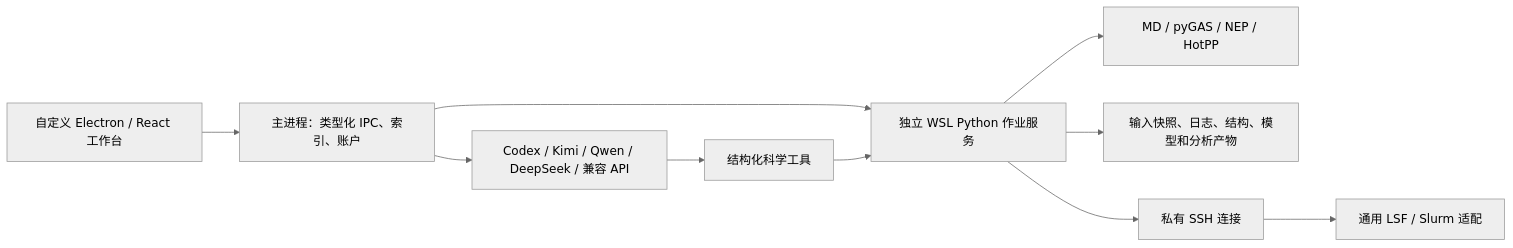
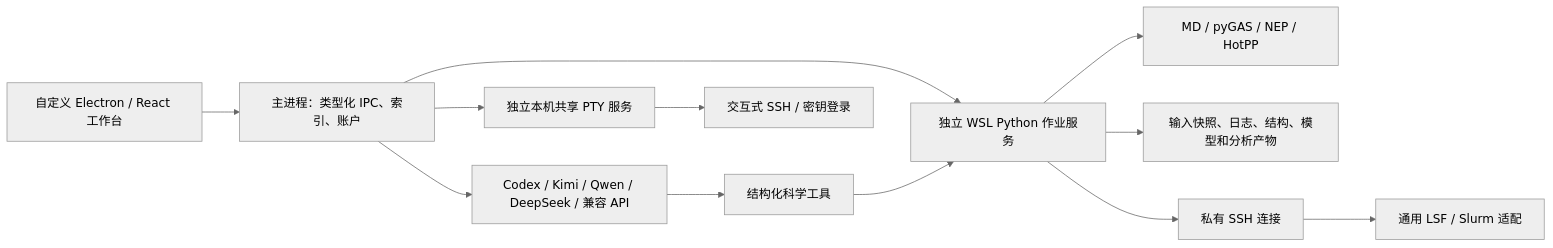
The diagram in docs/development/README.md (tensor4627/AIMatterLab), drawn with Mermaid (neutral theme) before and after one commit. The commit also changed other lines of this file and 24 other files, not shown here.

````diff
--- a/docs/development/README.md
+++ b/docs/development/README.md
@@ -15,12 +15,14 @@
 ```mermaid
 flowchart LR
     UI[自定义 Electron / React 工作台] --> Main[主进程：类型化 IPC、索引、账户]
     Main --> Agents[Codex / Kimi / Qwen / DeepSeek / 兼容 API]
     Agents --> MCP[结构化科学工具]
+    Main --> Terminal[独立本机共享 PTY 服务]
+    Terminal --> SSHInteractive[交互式 SSH / 密钥登录]
     Main --> Worker[独立 WSL Python 作业服务]
     MCP --> Worker
     Worker --> Engines[MD / pyGAS / NEP / HotPP]
     Worker --> Assets[输入快照、日志、结构、模型和分析产物]
     Worker --> SSH[私有 SSH 连接]
     SSH --> Scheduler[通用 LSF / Slurm 适配]
 ```
````
